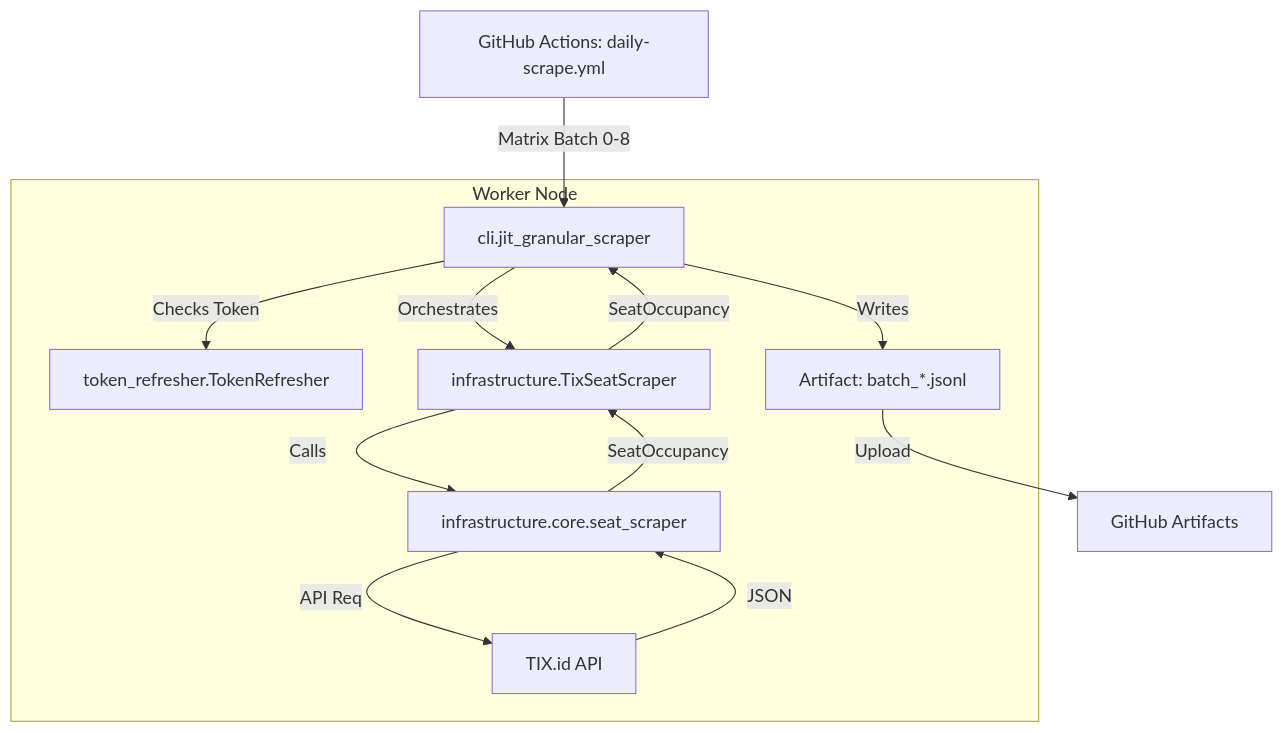
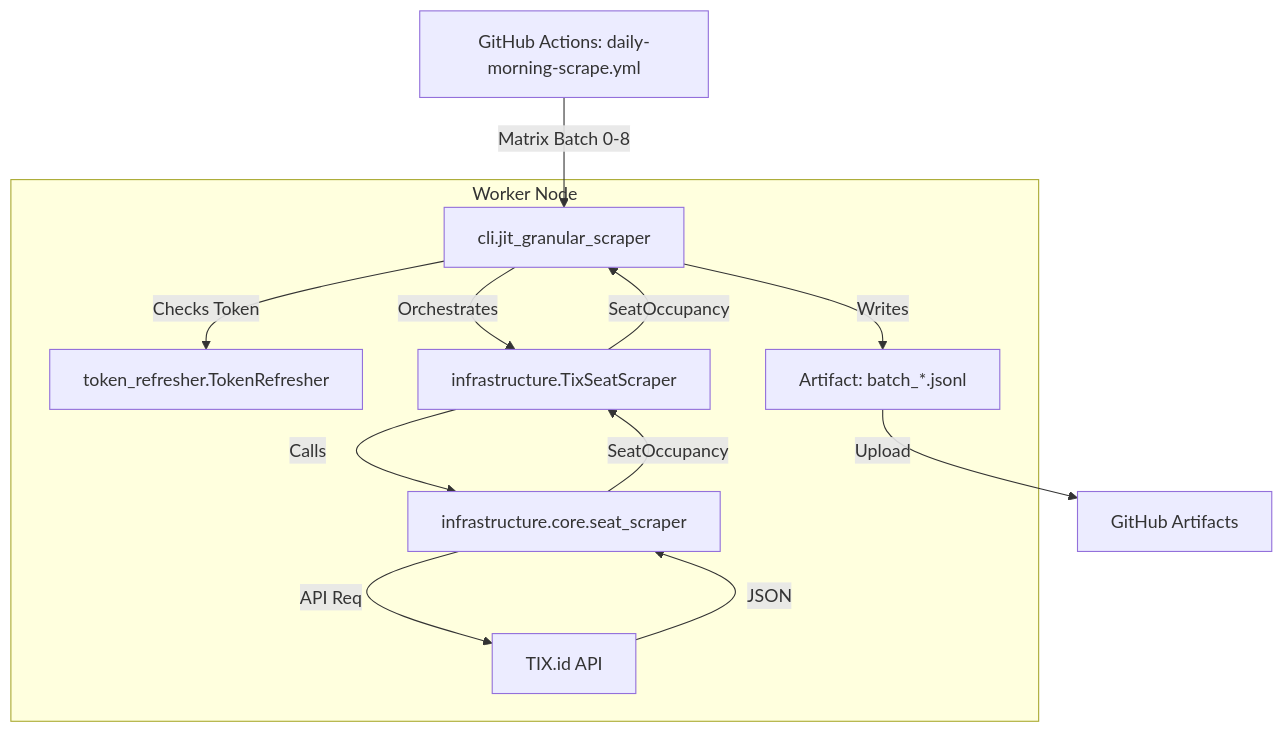
Before and after one commit to okihita/CineRadar: the first of 2 diagrams in backend/README.md, drawn with Mermaid. The commit also changed other lines of this file and 16 other files, not shown here.

````diff
--- a/backend/README.md
+++ b/backend/README.md
@@ -35,20 +35,20 @@
 ```mermaid
 flowchart TD
-    GH[GitHub Actions: daily-scrape.yml] -->|Matrix Batch 0-8| CLI[cli.jit_granular_scraper]
+    GH[GitHub Actions: daily-morning-scrape.yml] -->|Matrix Batch 0-8| CLI[cli.jit_granular_scraper]
     
     subgraph "Worker Node"
         CLI -->|Checks Token| TR[token_refresher.TokenRefresher]
         CLI -->|Orchestrates| TS[infrastructure.TixSeatScraper]
         
         TS -->|Calls| LS[infrastructure.core.seat_scraper]
         LS -->|API Req| TIX[TIX.id API]
         
         TIX -->|JSON| LS
         LS -->|SeatOccupancy| TS
         TS -->|SeatOccupancy| CLI
         
         CLI -->|Writes| JSONL[Artifact: batch_*.jsonl]
     end
     
     JSONL -->|Upload| GA[GitHub Artifacts]
 ```
````
